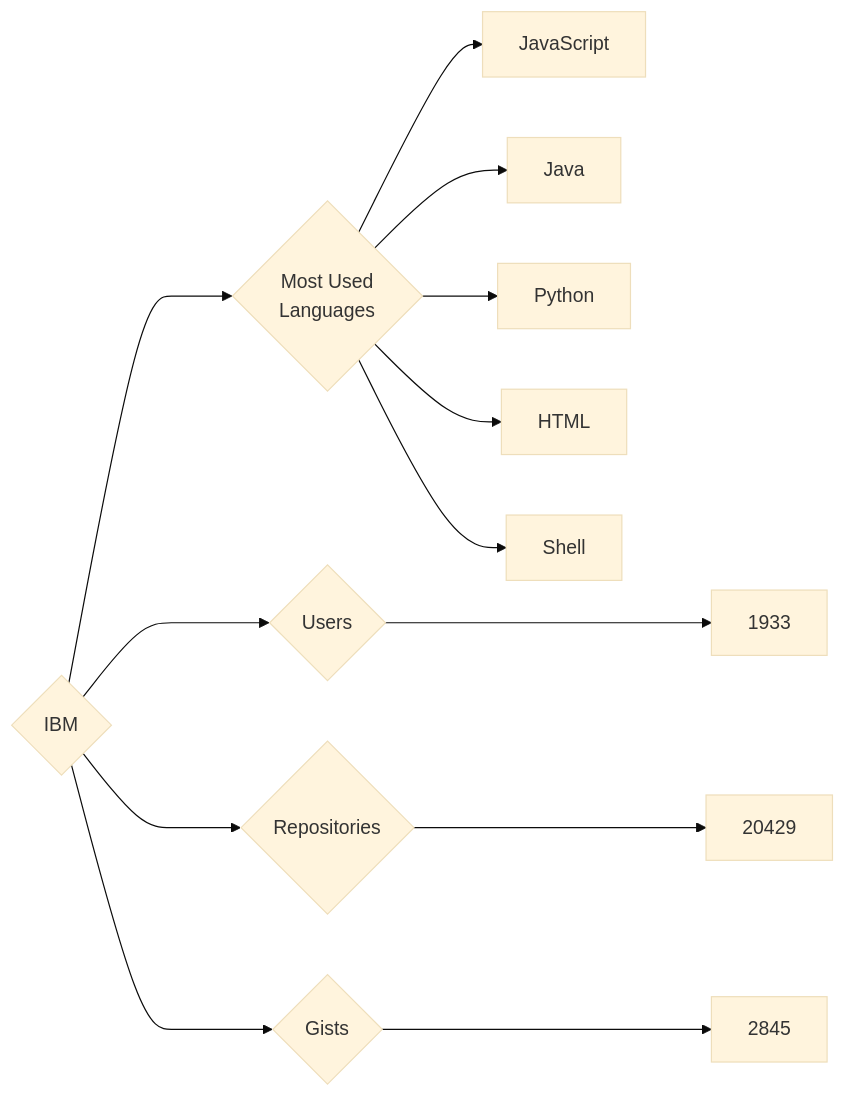
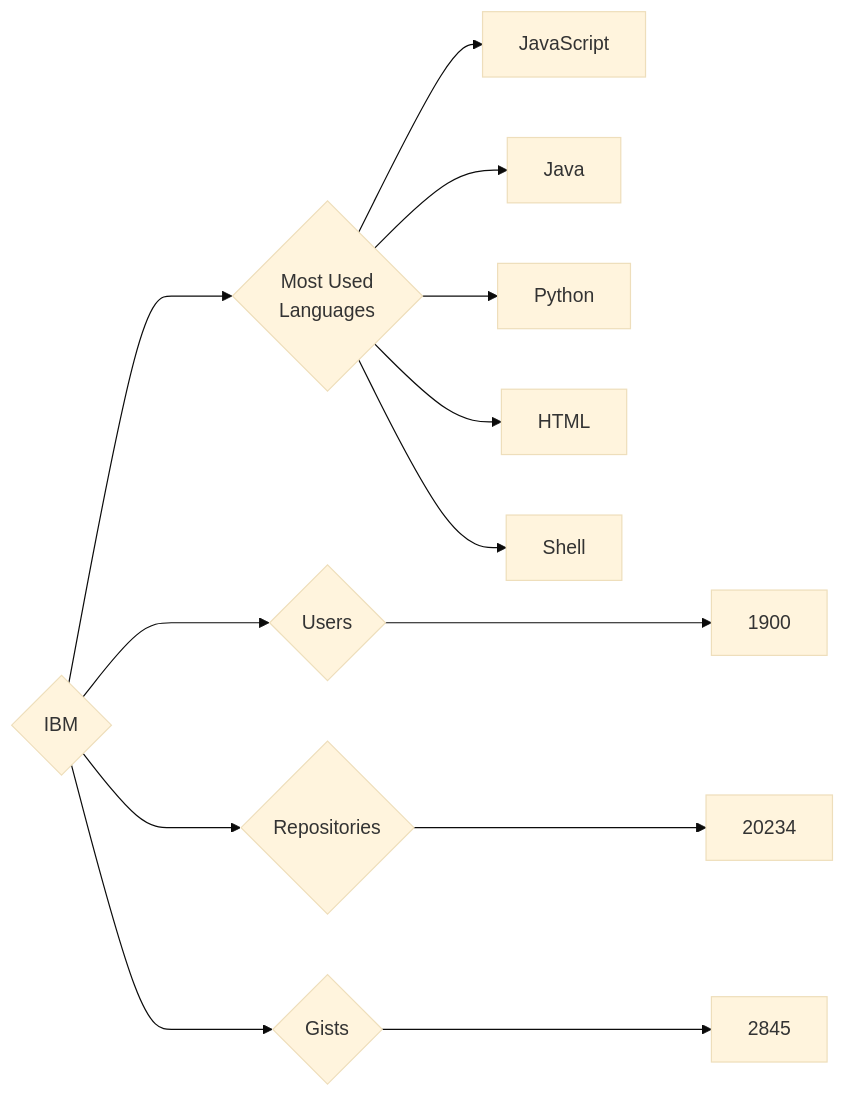
One commit to trickest/insiders changed the diagram in targets/IBM/README.md. Above: the diagram before and after it, drawn with Mermaid (base theme). The commit also changed 639 other files, not shown here.

````diff
--- a/targets/IBM/README.md
+++ b/targets/IBM/README.md
@@ -3,13 +3,13 @@
 ```mermaid
 graph LR
 COMPANY_NAME{IBM}
-COMPANY_NAME ---> U{Users} ---> UN[1933]
-COMPANY_NAME ---> R{Repositories} ---> RN[20429]
+COMPANY_NAME ---> U{Users} ---> UN[1900]
+COMPANY_NAME ---> R{Repositories} ---> RN[20234]
 COMPANY_NAME ---> G{Gists} ---> GN[2845]
 COMPANY_NAME ---> ML{Most Used<br>Languages}
 ML --> JavaScript[JavaScript]
 ML --> Java[Java]
 ML --> Python[Python]
 ML --> HTML[HTML]
 ML --> Shell[Shell]
 ```
````
